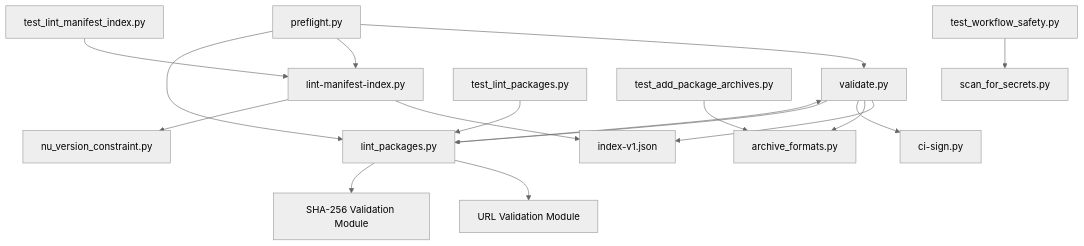
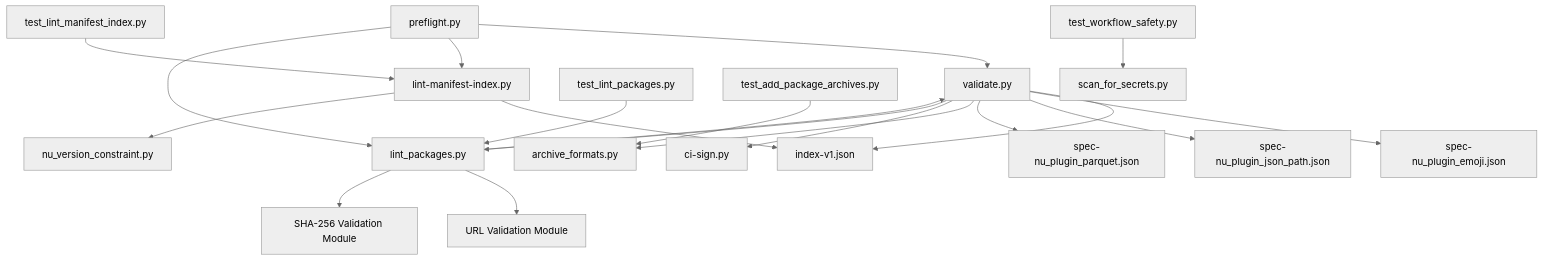
One commit to tonythethompson/numan-registry changed the seventh of 7 diagrams in .qoder/repowiki/en/content/Package Development Guide/Package Validation and Testing.md. Above: the diagram before and after it, drawn with Mermaid (neutral theme). The commit also changed other lines of this file and 21 other files, not shown here.

````diff
--- a/.qoder/repowiki/en/content/Package Development Guide/Package Validation and Testing.md
+++ b/.qoder/repowiki/en/content/Package Development Guide/Package Validation and Testing.md
@@ -326,19 +460,24 @@
 ```mermaid
+
 graph TD
 validate["validate.py"] --> schema["index-v1.json"]
+validate --> emoji_spec["spec-nu_plugin_emoji.json"]
+validate --> jsonpath_spec["spec-nu_plugin_json_path.json"]
+validate --> parquet_spec["spec-nu_plugin_parquet.json"]
 validate --> archive["archive_formats.py"]
 validate --> sign["ci-sign.py"]
 validate --> package_lint["lint_packages.py"]
 lint["lint-manifest-index.py"] --> schema
 lint --> version["nu_version_constraint.py"]
 package_lint --> validate
 package_lint --> url_validation["URL Validation Module"]
 package_lint --> checksum_validation["SHA-256 Validation Module"]
 preflight["preflight.py"] --> validate
 preflight --> lint
 preflight --> package_lint
 test_validate["test_lint_manifest_index.py"] --> lint
 test_package_lint["test_lint_packages.py"] --> package_lint
 test_archive["test_add_package_archives.py"] --> archive
 test_security["test_workflow_safety.py"] --> scan["scan_for_secrets.py"]
+
 ```
````
